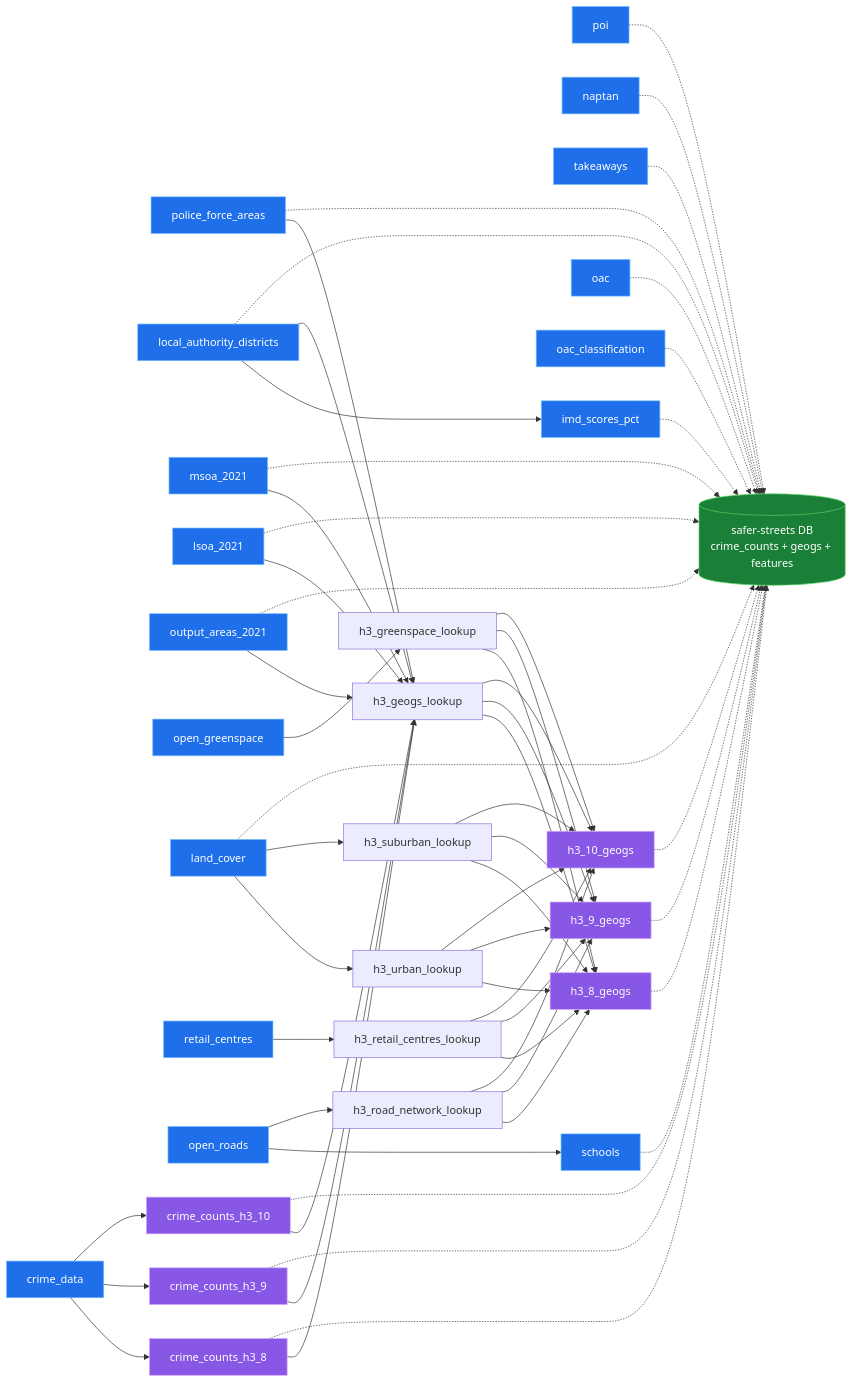
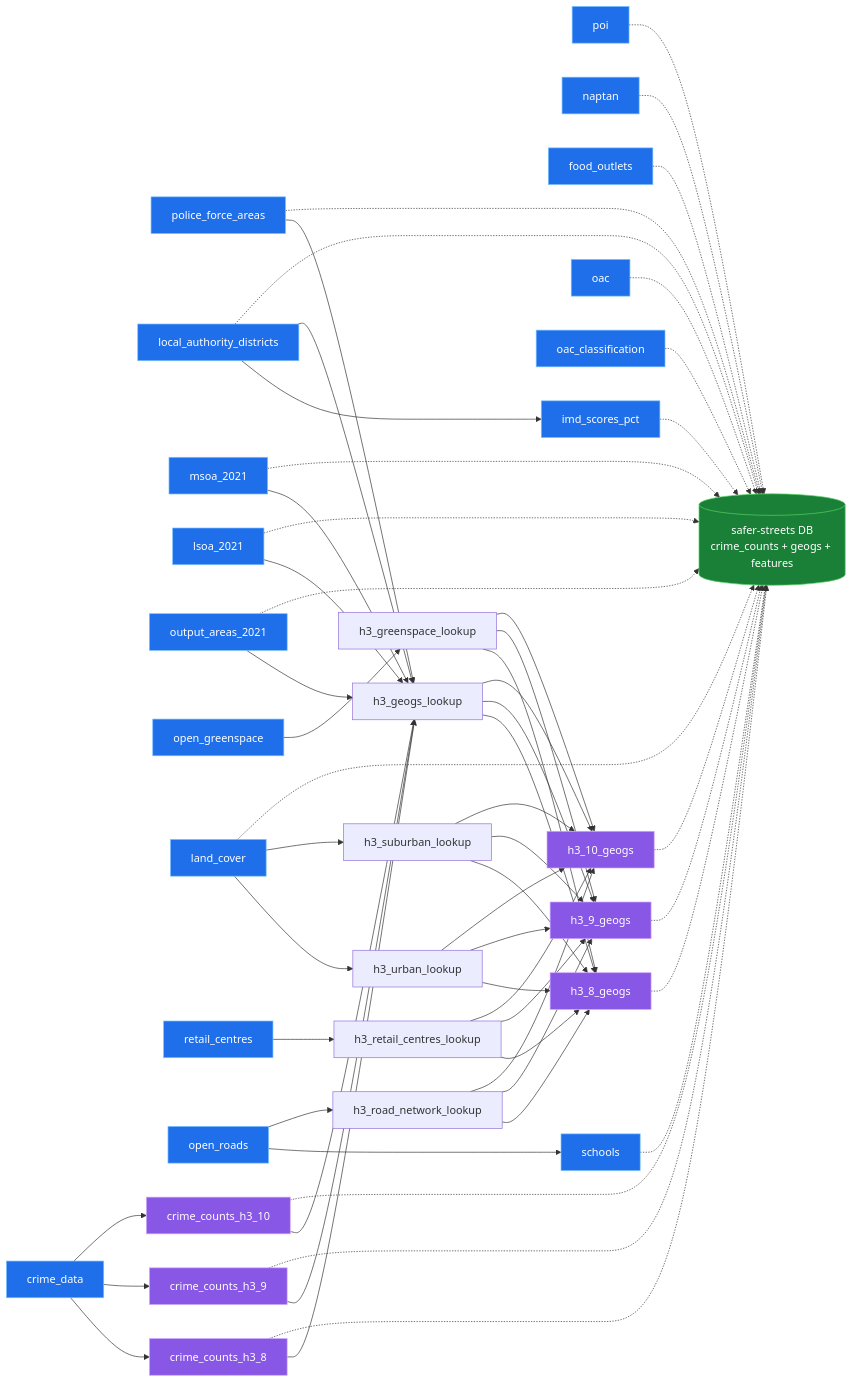
The diagram in README.md (safer-streets/safer-streets-tooling), drawn with Mermaid before and after one commit. The commit also changed other lines of this file and 5 other files, not shown here.

First line of the commit message:
feat: broaden takeaways to food & drink venues (food_outlets) (#5)

````diff
--- a/README.md
+++ b/README.md
@@ -57,7 +57,7 @@
    open_roads
    poi
    naptan
-   takeaways
+   food_outlets
    schools
    imd_scores_pct
    oac
@@ -134,7 +134,7 @@
     schools -.-> database
     poi -.-> database
     naptan -.-> database
-    takeaways -.-> database
+    food_outlets -.-> database
     imd_scores_pct -.-> database
     land_cover -.-> database
     oac -.-> database
@@ -144,7 +144,7 @@
     classDef extract fill:#1f6feb,stroke:#79c0ff,stroke-width:1px,color:#ffffff;
     classDef transform fill:#8957e5,stroke:#d2a8ff,stroke-width:1px,color:#ffffff;
     classDef load fill:#1a7f37,stroke:#56d364,stroke-width:1px,color:#ffffff;
-    class crime_data,police_force_areas,local_authority_districts,msoa_2021,lsoa_2021,output_areas_2021,open_greenspace,land_cover,retail_centres,open_roads,poi,naptan,takeaways,schools,imd_scores_pct,oac,oac_classification extract;
+    class crime_data,police_force_areas,local_authority_districts,msoa_2021,lsoa_2021,output_areas_2021,open_greenspace,land_cover,retail_centres,open_roads,poi,naptan,food_outlets,schools,imd_scores_pct,oac,oac_classification extract;
     class crime_counts_h3_8,crime_counts_h3_9,crime_counts_h3_10,h3_8_geogs,h3_9_geogs,h3_10_geogs transform;
     class database load;
 ```
````
